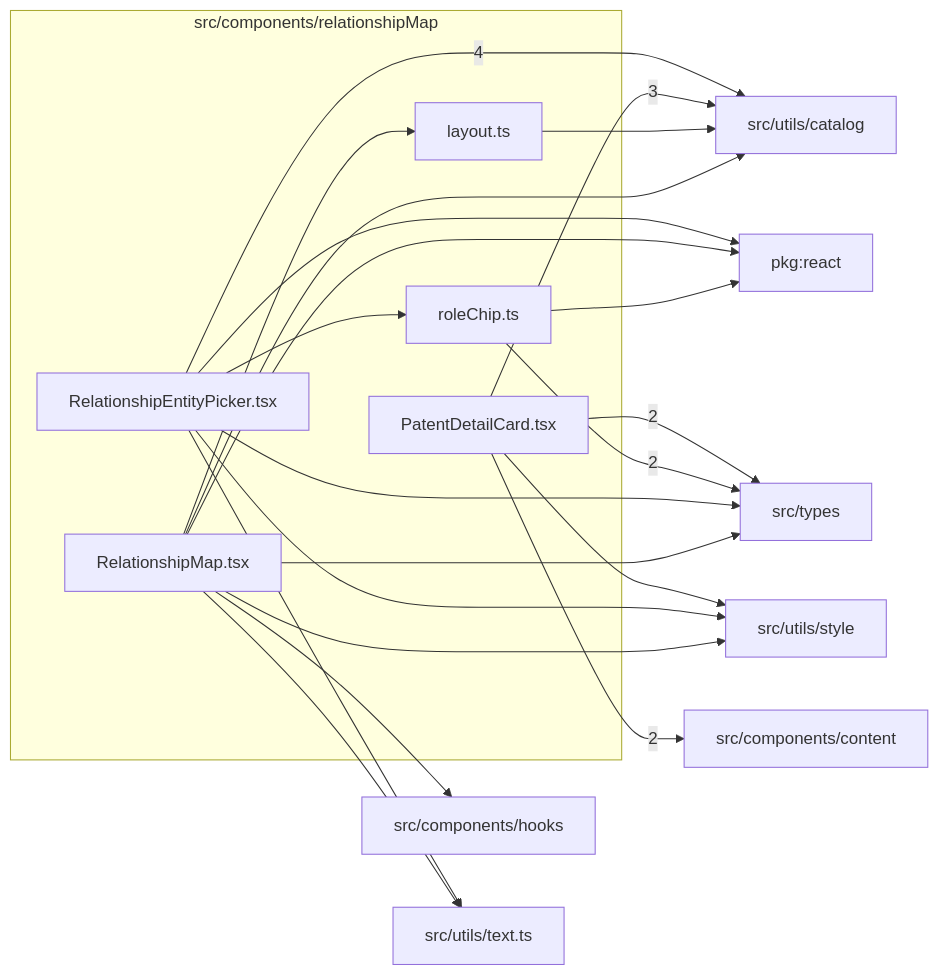
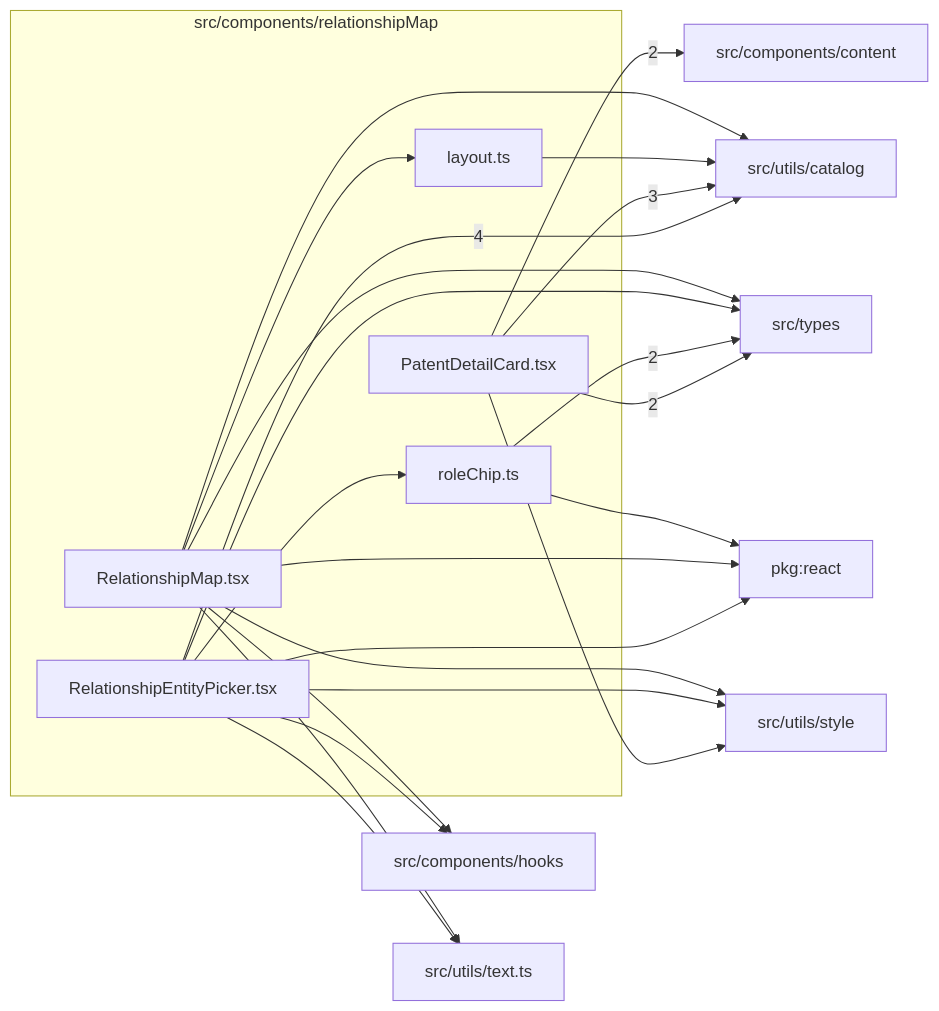
Before and after one commit to ronbuening/LensVisualizer: the diagram in src/components/relationshipMap/readme.md, drawn with Mermaid. The commit also changed other lines of this file and 7 other files, not shown here.

Commit message:
Dismiss relationship picker suggestions

````diff
--- a/src/components/relationshipMap/readme.md
+++ b/src/components/relationshipMap/readme.md
@@ -9,37 +9,38 @@
 ```mermaid
 flowchart LR
   subgraph n_src_components_relationshipMap["src/components/relationshipMap"]
     n_src_components_relationshipMap_src_components_relationshipMap_layout_ts["layout.ts"]
     n_src_components_relationshipMap_src_components_relationshipMap_PatentDetailCard_tsx["PatentDetailCard.tsx"]
     n_src_components_relationshipMap_src_components_relationshipMap_RelationshipEntityPicker_tsx["RelationshipEntityPicker.tsx"]
     n_src_components_relationshipMap_src_components_relationshipMap_RelationshipMap_tsx["RelationshipMap.tsx"]
     n_src_components_relationshipMap_src_components_relationshipMap_roleChip_ts["roleChip.ts"]
   end
   n_external_src_utils_catalog["src/utils/catalog"]
   n_external_src_components_content["src/components/content"]
   n_external_src_types["src/types"]
   n_external_pkg_react["pkg:react"]
   n_external_src_components_hooks["src/components/hooks"]
   n_external_src_utils_style["src/utils/style"]
   n_external_src_utils_text_ts["src/utils/text.ts"]
   n_src_components_relationshipMap_src_components_relationshipMap_RelationshipEntityPicker_tsx --> |4| n_external_src_utils_catalog
   n_src_components_relationshipMap_src_components_relationshipMap_PatentDetailCard_tsx --> |3| n_external_src_utils_catalog
   n_src_components_relationshipMap_src_components_relationshipMap_PatentDetailCard_tsx --> |2| n_external_src_components_content
   n_src_components_relationshipMap_src_components_relationshipMap_PatentDetailCard_tsx --> |2| n_external_src_types
   n_src_components_relationshipMap_src_components_relationshipMap_roleChip_ts --> |2| n_external_src_types
   n_src_components_relationshipMap_src_components_relationshipMap_RelationshipEntityPicker_tsx --> n_external_pkg_react
   n_src_components_relationshipMap_src_components_relationshipMap_RelationshipMap_tsx --> n_external_pkg_react
   n_src_components_relationshipMap_src_components_relationshipMap_roleChip_ts --> n_external_pkg_react
+  n_src_components_relationshipMap_src_components_relationshipMap_RelationshipEntityPicker_tsx --> n_external_src_components_hooks
   n_src_components_relationshipMap_src_components_relationshipMap_RelationshipMap_tsx --> n_external_src_components_hooks
   n_src_components_relationshipMap_src_components_relationshipMap_RelationshipEntityPicker_tsx --> n_external_src_types
   n_src_components_relationshipMap_src_components_relationshipMap_RelationshipMap_tsx --> n_external_src_types
   n_src_components_relationshipMap_src_components_relationshipMap_layout_ts --> n_external_src_utils_catalog
   n_src_components_relationshipMap_src_components_relationshipMap_RelationshipMap_tsx --> n_external_src_utils_catalog
   n_src_components_relationshipMap_src_components_relationshipMap_PatentDetailCard_tsx --> n_external_src_utils_style
   n_src_components_relationshipMap_src_components_relationshipMap_RelationshipEntityPicker_tsx --> n_external_src_utils_style
   n_src_components_relationshipMap_src_components_relationshipMap_RelationshipMap_tsx --> n_external_src_utils_style
   n_src_components_relationshipMap_src_components_relationshipMap_RelationshipEntityPicker_tsx --> n_external_src_utils_text_ts
   n_src_components_relationshipMap_src_components_relationshipMap_RelationshipMap_tsx --> n_external_src_utils_text_ts
   n_src_components_relationshipMap_src_components_relationshipMap_RelationshipMap_tsx --> n_src_components_relationshipMap_src_components_relationshipMap_layout_ts
   n_src_components_relationshipMap_src_components_relationshipMap_RelationshipEntityPicker_tsx --> n_src_components_relationshipMap_src_components_relationshipMap_roleChip_ts
 ```
````
